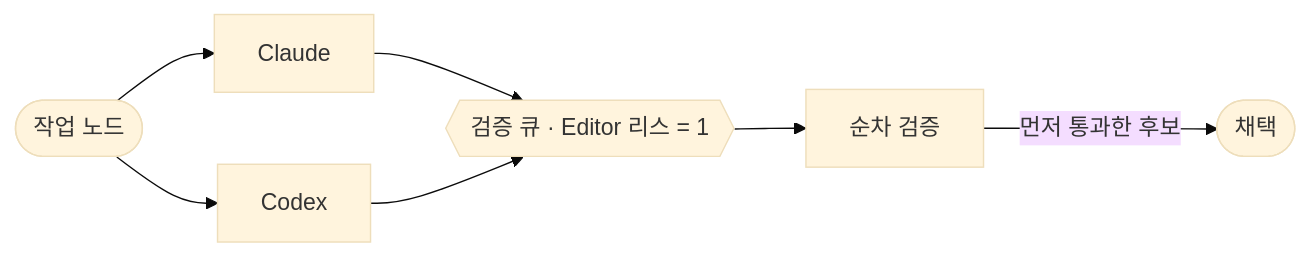
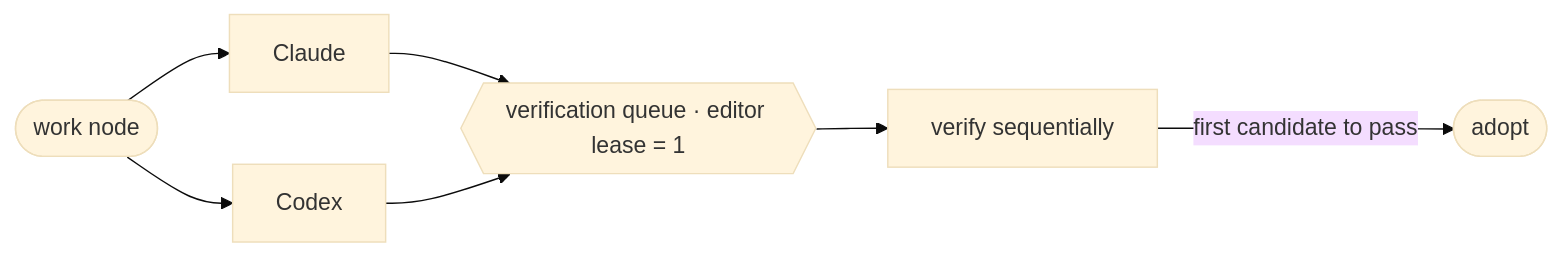
One commit to SeoBYP/GameDev-AgentLoop changed the sixth of 11 diagrams in docs/ARCHITECTURE.md. Above: the diagram before and after it, drawn with Mermaid (base theme). The commit also changed other lines of this file and 21 other files, not shown here.

First line of the commit message:
오픈소스화 3단계 — 런타임 출력 영어 통일 + ARCHITECTURE 영어판

````diff
--- a/docs/ARCHITECTURE.md
+++ b/docs/ARCHITECTURE.md
@@ -354,8 +363,8 @@
 ```mermaid
 flowchart LR
-    S([작업 노드]) --> A["Claude"] & B["Codex"]
-    A --> Q{{"검증 큐 · Editor 리스 = 1"}}
+    S([work node]) --> A["Claude"] & B["Codex"]
+    A --> Q{{"verification queue · editor lease = 1"}}
     B --> Q
-    Q --> V["순차 검증"]
-    V -->|"먼저 통과한 후보"| W([채택])
+    Q --> V["verify sequentially"]
+    V -->|"first candidate to pass"| W([adopt])
 ```
````
